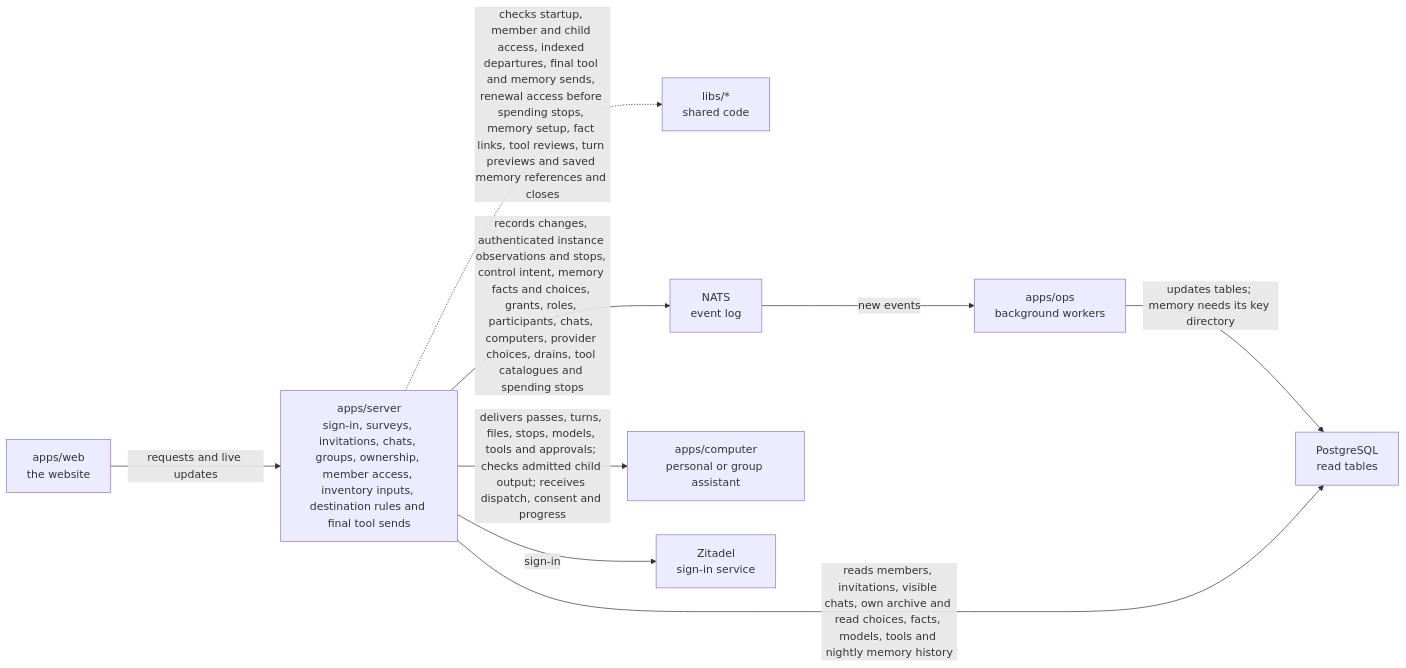
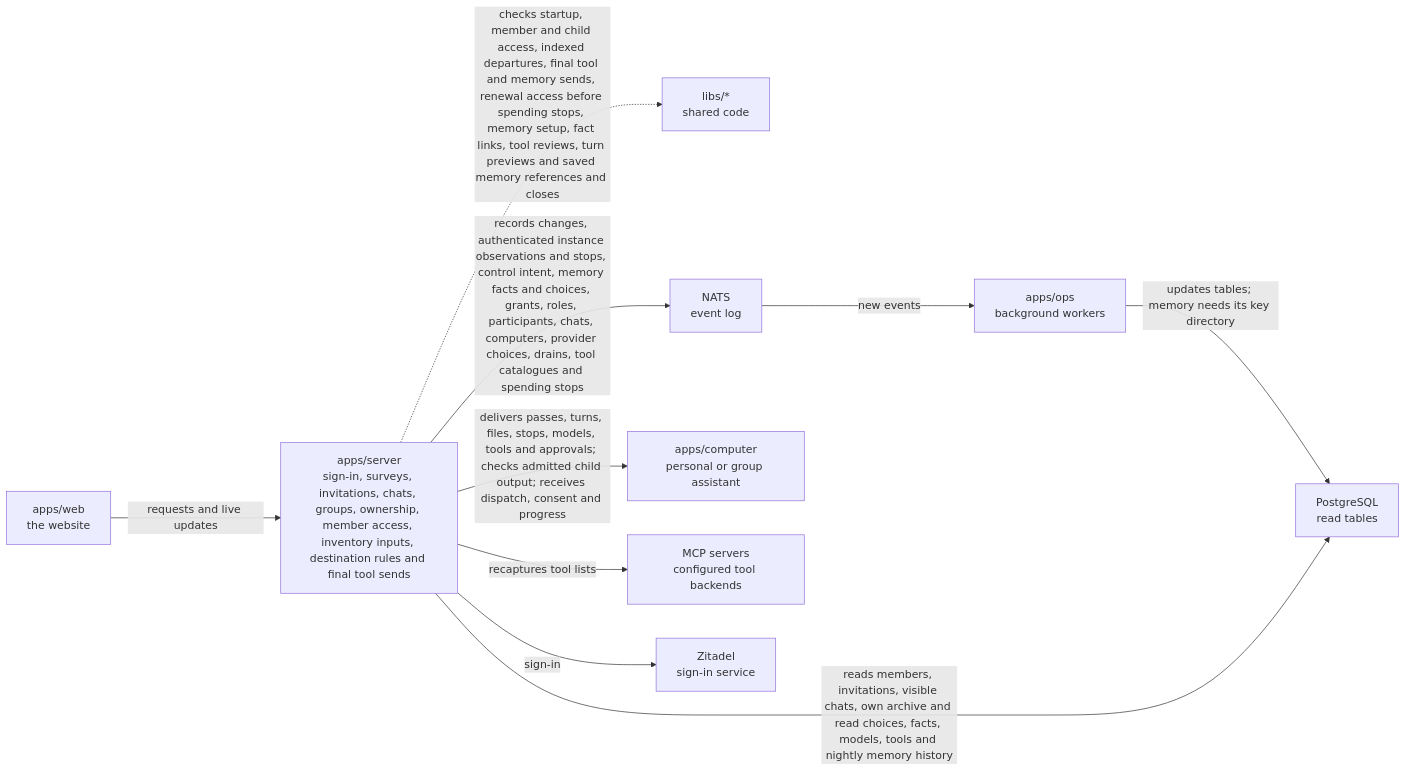
The diagram in apps/server/README.md (elewa-git/opencrane-new), drawn with Mermaid before and after one commit. The commit also changed other lines of this file and 12 other files, not shown here.

````diff
--- a/apps/server/README.md
+++ b/apps/server/README.md
@@ -11,11 +11,12 @@
 ```mermaid
 flowchart LR
   web["apps/web<br/>the website"] -->|requests and live updates| server["apps/server<br/>sign-in, surveys, invitations, chats, groups, ownership, member access, inventory inputs, destination rules and final tool sends"]
   server -.->|checks startup, member and child access, indexed departures, final tool and memory sends, renewal access before spending stops, memory setup, fact links, tool reviews, turn previews and saved memory references and closes| libs["libs/*<br/>shared code"]
   server -->|records changes, authenticated instance observations and stops, control intent, memory facts and choices, grants, roles, participants, chats, computers, provider choices, drains, tool catalogues and spending stops| nats["NATS<br/>event log"]
   nats -->|new events| ops["apps/ops<br/>background workers"]
   ops -->|updates tables; memory needs its key directory| postgres["PostgreSQL<br/>read tables"]
   server -->|reads members, invitations, visible chats, own archive and read choices, facts, models, tools and nightly memory history| postgres
   server -->|delivers passes, turns, files, stops, models, tools and approvals; checks admitted child output; receives dispatch, consent and progress| computer["apps/computer<br/>personal or group assistant"]
+  server -->|recaptures tool lists| mcp["MCP servers<br/>configured tool backends"]
   server -->|sign-in| zitadel["Zitadel<br/>sign-in service"]
 ```
````
